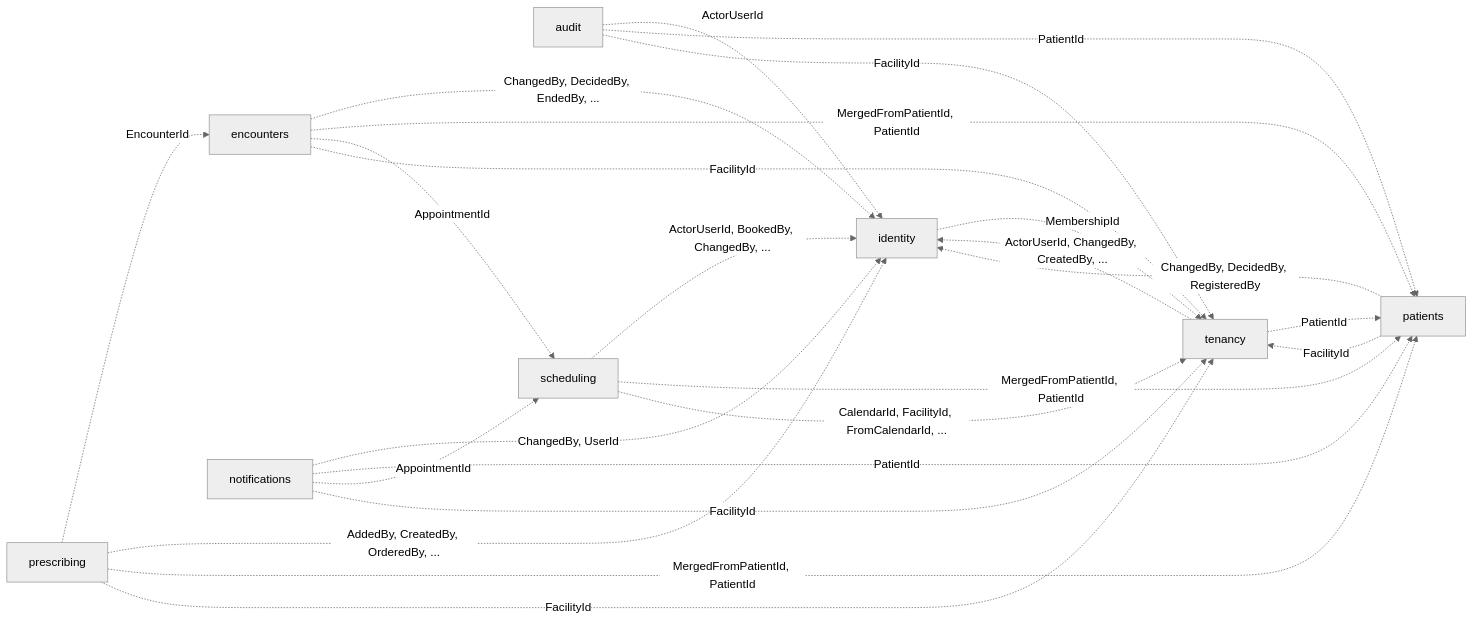
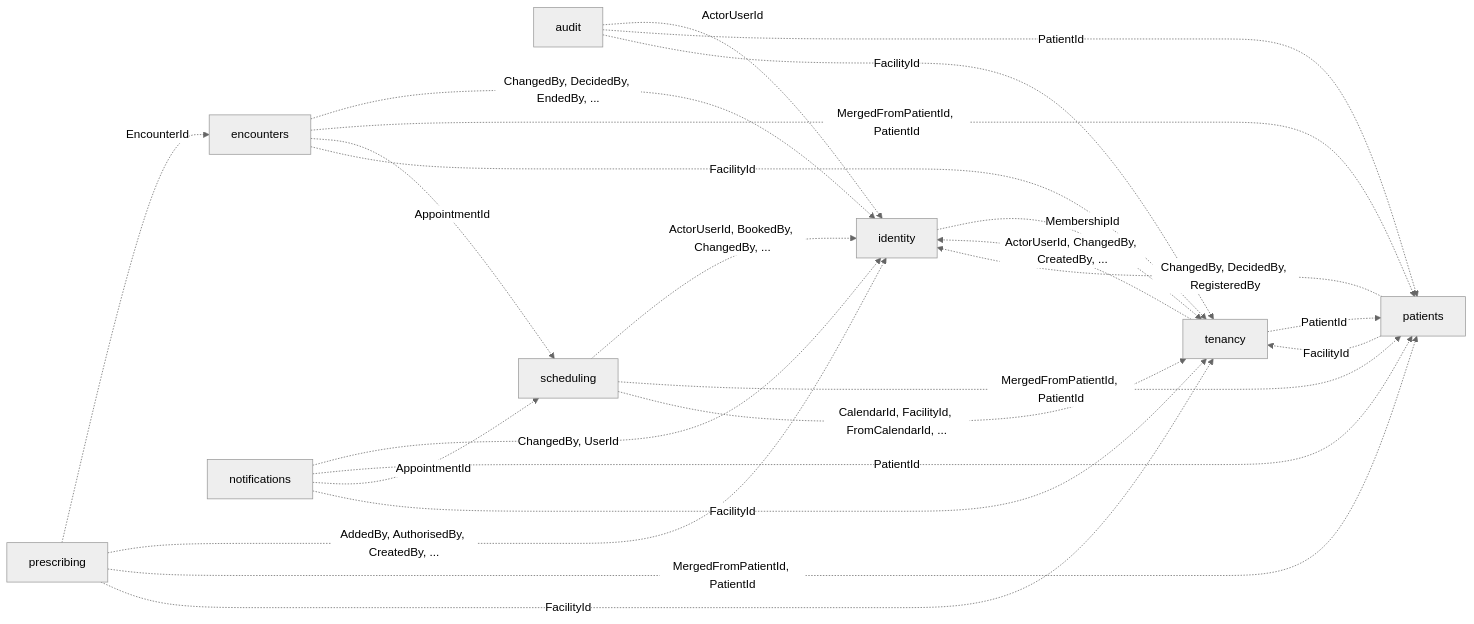
Before and after one commit to ALFRED-LUCIFER/medvya: the third of 14 diagrams in docs/03-architecture/erd.md, drawn with Mermaid (neutral theme). The commit also changed other lines of this file and 49 other files, not shown here.

````diff
--- a/docs/03-architecture/erd.md
+++ b/docs/03-architecture/erd.md
@@ -94,26 +94,26 @@
 ```mermaid
 flowchart LR
   audit -.->|"ActorUserId"| identity
   audit -.->|"PatientId"| patients
   audit -.->|"FacilityId"| tenancy
   encounters -.->|"ChangedBy, DecidedBy, EndedBy, ..."| identity
   encounters -.->|"MergedFromPatientId, PatientId"| patients
   encounters -.->|"AppointmentId"| scheduling
   encounters -.->|"FacilityId"| tenancy
   identity -.->|"MembershipId"| tenancy
   notifications -.->|"ChangedBy, UserId"| identity
   notifications -.->|"PatientId"| patients
   notifications -.->|"AppointmentId"| scheduling
   notifications -.->|"FacilityId"| tenancy
   patients -.->|"ChangedBy, DecidedBy, RegisteredBy"| identity
   patients -.->|"FacilityId"| tenancy
   prescribing -.->|"EncounterId"| encounters
-  prescribing -.->|"AddedBy, CreatedBy, OrderedBy, ..."| identity
+  prescribing -.->|"AddedBy, AuthorisedBy, CreatedBy, ..."| identity
   prescribing -.->|"MergedFromPatientId, PatientId"| patients
   prescribing -.->|"FacilityId"| tenancy
   scheduling -.->|"ActorUserId, BookedBy, ChangedBy, ..."| identity
   scheduling -.->|"MergedFromPatientId, PatientId"| patients
   scheduling -.->|"CalendarId, FacilityId, FromCalendarId, ..."| tenancy
   tenancy -.->|"ActorUserId, ChangedBy, CreatedBy, ..."| identity
   tenancy -.->|"PatientId"| patients
 ```
````
